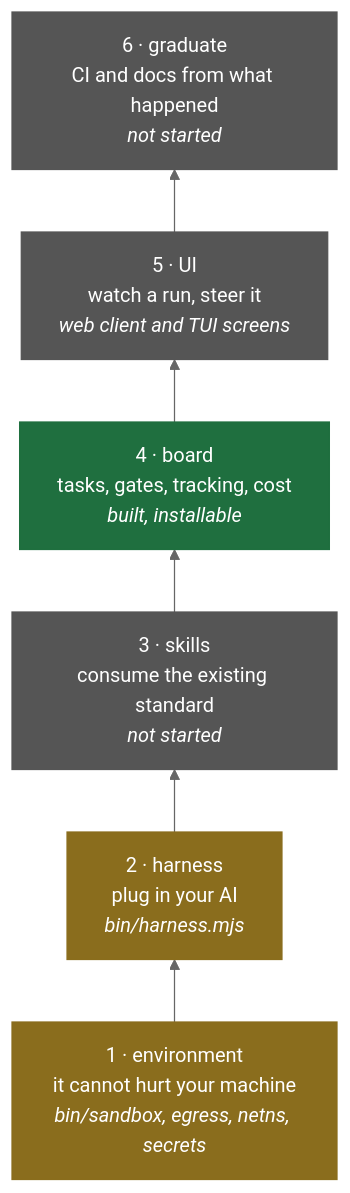
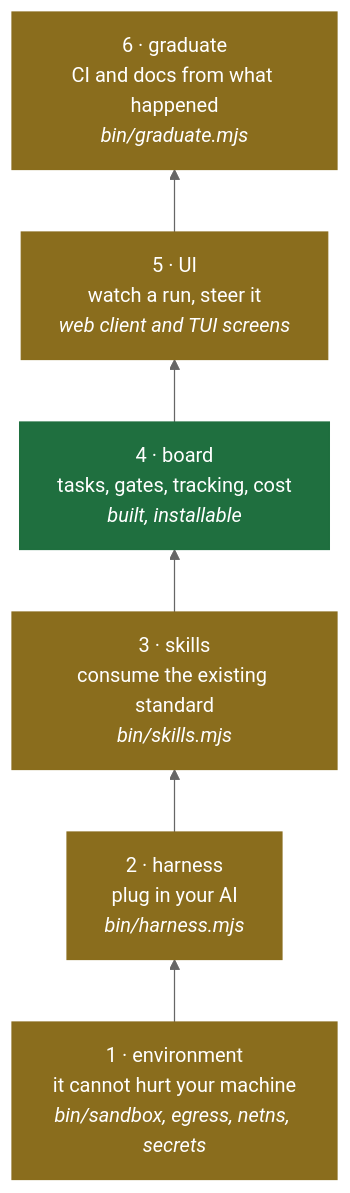
One commit to clive5exe/Caretaker changed the first of 14 diagrams in README.md. Above: the diagram before and after it, drawn with Mermaid (neutral theme). The commit also changed other lines of this file and 6 other files, not shown here.

````diff
--- a/README.md
+++ b/README.md
@@ -95,17 +95,16 @@
 ```mermaid
 flowchart BT
   L1["1 · environment<br/>it cannot hurt your machine<br/><i>bin/sandbox, egress, netns, secrets</i>"]
   L2["2 · harness<br/>plug in your AI<br/><i>bin/harness.mjs</i>"]
-  L3["3 · skills<br/>consume the existing standard<br/><i>not started</i>"]
+  L3["3 · skills<br/>consume the existing standard<br/><i>bin/skills.mjs</i>"]
   L4["4 · board<br/>tasks, gates, tracking, cost<br/><i>built, installable</i>"]
   L5["5 · UI<br/>watch a run, steer it<br/><i>web client and TUI screens</i>"]
-  L6["6 · graduate<br/>CI and docs from what happened<br/><i>not started</i>"]
+  L6["6 · graduate<br/>CI and docs from what happened<br/><i>bin/graduate.mjs</i>"]
   L1 --> L2 --> L3 --> L4 --> L5 --> L6
 
   classDef built fill:#1f6f3f,stroke:#1f6f3f,color:#fff
   classDef partial fill:#8a6d1d,stroke:#8a6d1d,color:#fff
   classDef planned fill:#555,stroke:#555,color:#fff
   class L4 built
-  class L1,L2 partial
-  class L3,L5,L6 planned
+  class L1,L2,L3,L5,L6 partial
 ```
````
